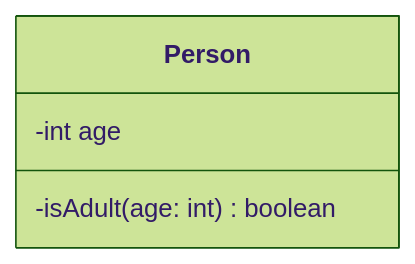
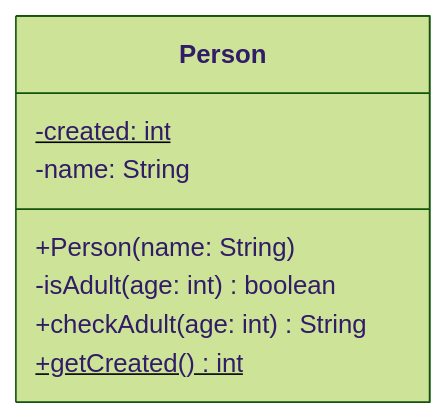
Before and after one commit to ani2fun/low-level-design-guide: the fourth of 9 diagrams in 03-uml/00-uml.md, drawn with Mermaid (forest theme). The commit also changed other lines of this file, not shown here.

````diff
--- a/03-uml/00-uml.md
+++ b/03-uml/00-uml.md
@@ -168,7 +253,11 @@
 ```mermaid
 classDiagram
     class Person {
-        -int age
+        -created: int$
+        -name: String
+        +Person(name: String)
         -isAdult(age: int) boolean
+        +checkAdult(age: int) String
+        +getCreated()$ int
     }
 ```
````
